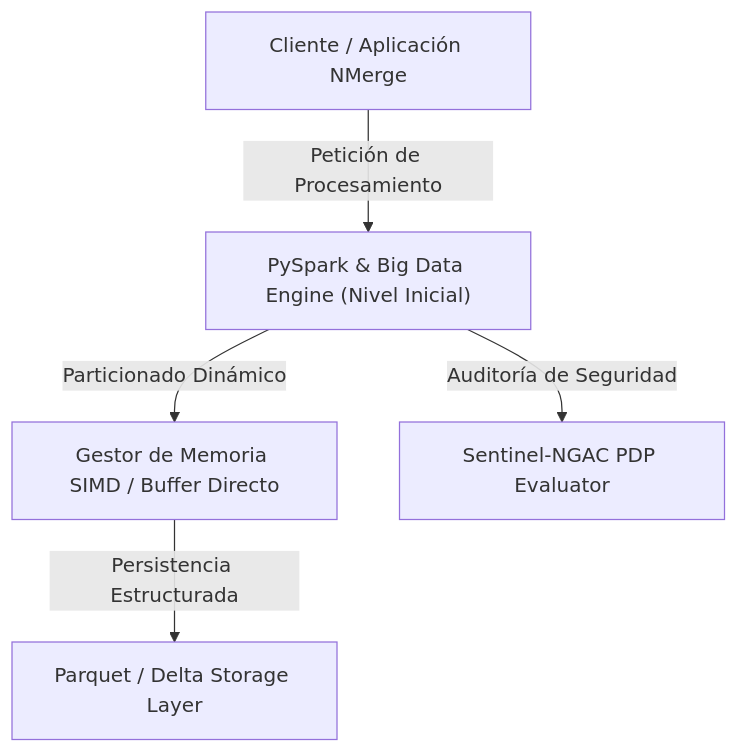
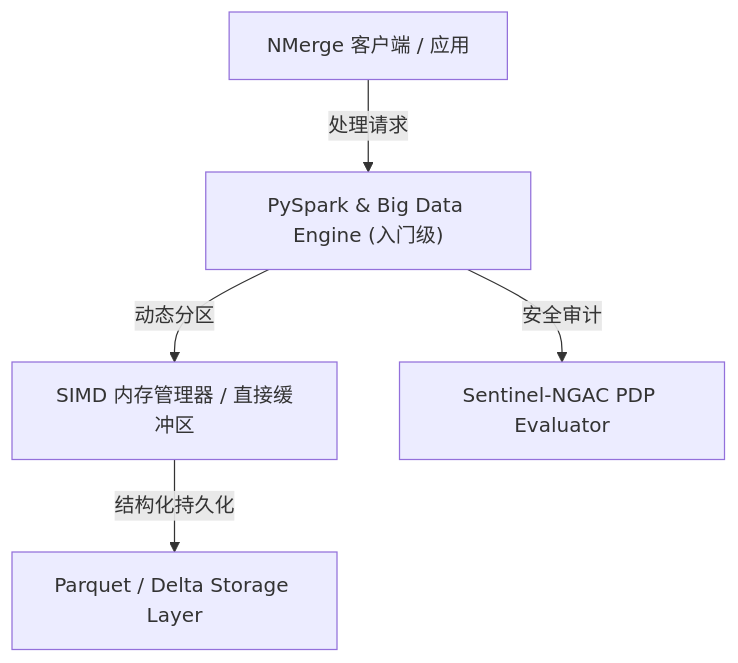
One commit to gjpierp/nmergeia changed the diagram in public/docs/zh/datascience_pyspark.md. Above: the diagram before and after it, drawn with Mermaid. The commit also changed other lines of this file and 182 other files, not shown here.

Commit message:
fix(i18n): sincronizar claves de menú i18n para los 7 idiomas, traducir diagramas Mermaid y agregar fallback a español contra 404 de Vite

````diff
--- a/public/docs/zh/datascience_pyspark.md
+++ b/public/docs/zh/datascience_pyspark.md
@@ -16,7 +16,7 @@
 ```mermaid
 flowchart TD
-    A["Cliente / Aplicación NMerge"] -->|Petición de Procesamiento| B["PySpark & Big Data Engine (Nivel Inicial)"]
-    B -->|Particionado Dinámico| C["Gestor de Memoria SIMD / Buffer Directo"]
-    C -->|Persistencia Estructurada| D["Parquet / Delta Storage Layer"]
-    B -->|Auditoría de Seguridad| E["Sentinel-NGAC PDP Evaluator"]
+    A["NMerge 客户端 / 应用"] -->|处理请求| B["PySpark & Big Data Engine (入门级)"]
+    B -->|动态分区| C["SIMD 内存管理器 / 直接缓冲区"]
+    C -->|结构化持久化| D["Parquet / Delta Storage Layer"]
+    B -->|安全审计| E["Sentinel-NGAC PDP Evaluator"]
 ```
````
